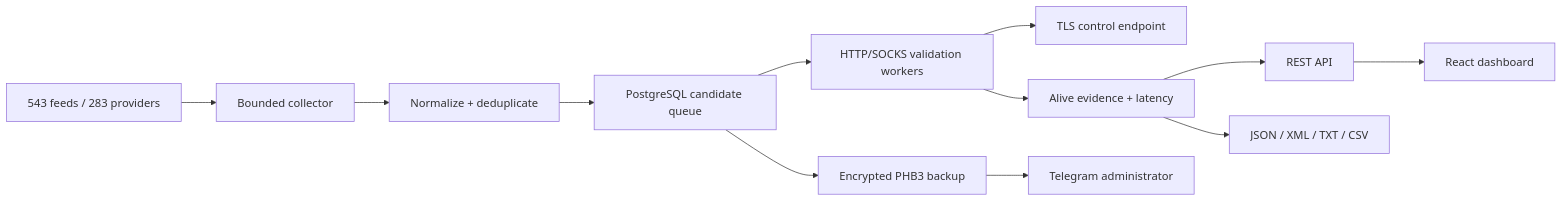
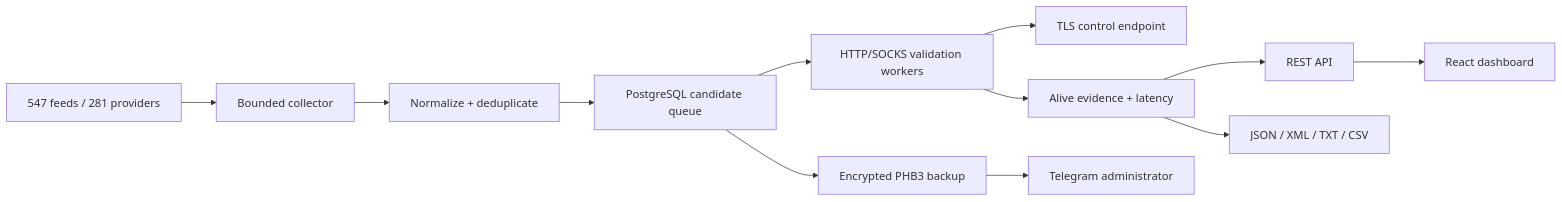
Before and after one commit to Xsenus/ProxyHarbor: the diagram in README.md, drawn with Mermaid. The commit also changed other lines of this file and 53 other files, not shown here.

````diff
--- a/README.md
+++ b/README.md
@@ -48,14 +48,14 @@
 ```mermaid
 flowchart LR
-    A["543 feeds / 283 providers"] --> B["Bounded collector"]
+    A["547 feeds / 281 providers"] --> B["Bounded collector"]
     B --> C["Normalize + deduplicate"]
     C --> D["PostgreSQL candidate queue"]
     D --> E["HTTP/SOCKS validation workers"]
     E --> F["TLS control endpoint"]
     E --> G["Alive evidence + latency"]
     G --> H["REST API"]
     G --> I["JSON / XML / TXT / CSV"]
     H --> J["React dashboard"]
     D --> K["Encrypted PHB3 backup"]
     K --> L["Telegram administrator"]
 ```
````
